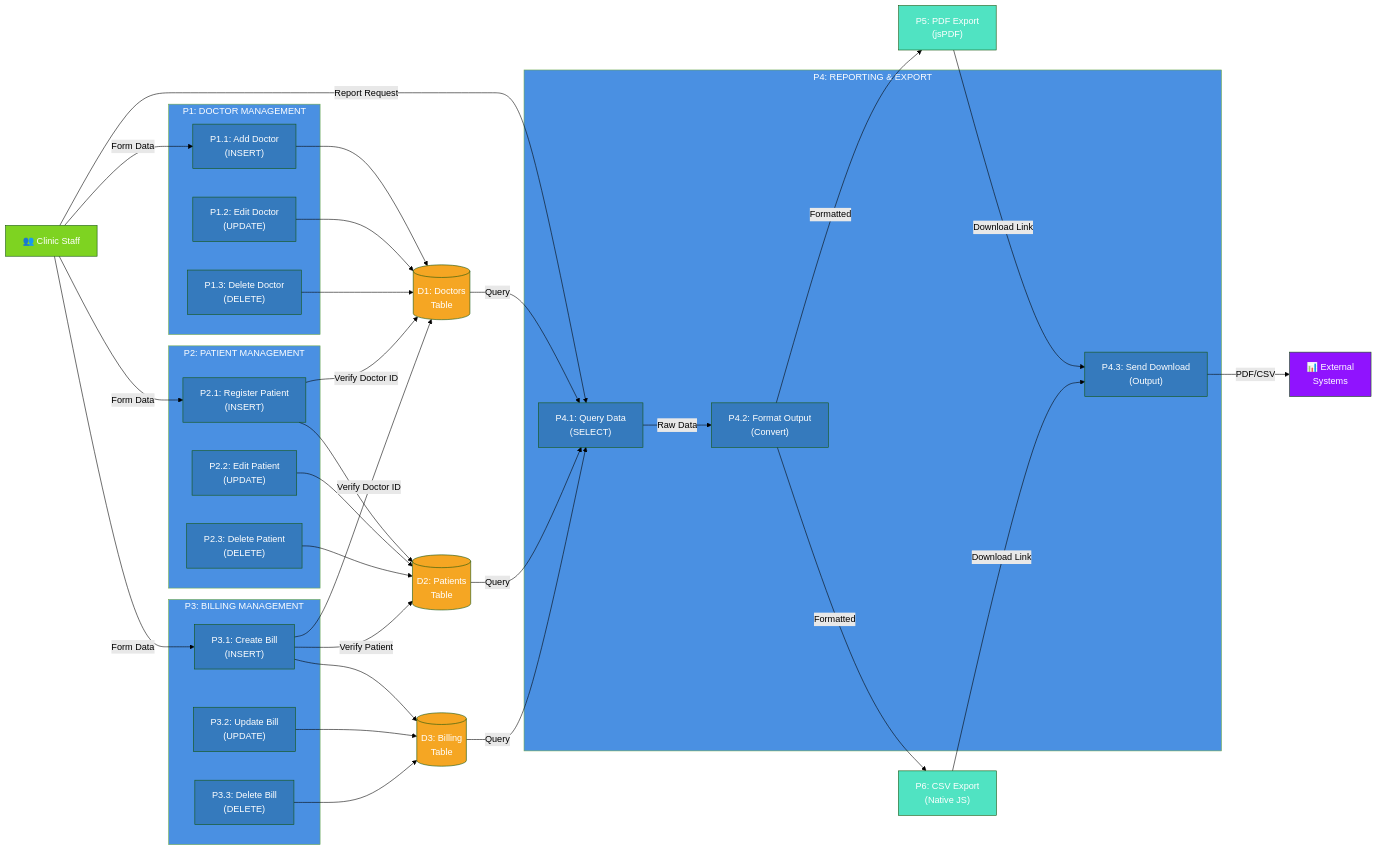
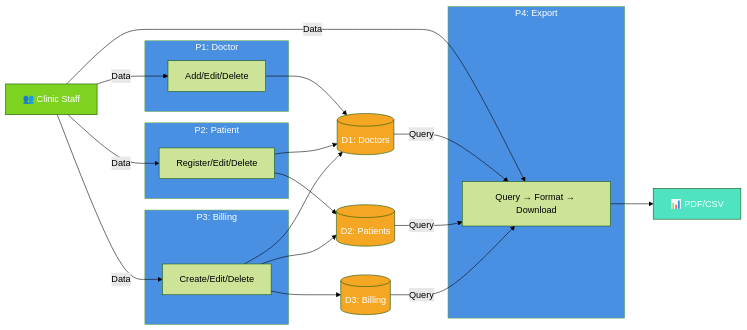
One commit to jagrutistpy-dot/clinic-management-final changed the third of 3 diagrams in README.md. Above: the diagram before and after it, drawn with Mermaid (forest theme).

Commit message:
level 2 grapf update

````diff
--- a/README.md
+++ b/README.md
@@ -343,93 +343,47 @@
 graph LR
     CS["👥 Clinic Staff"]
     
-    subgraph P1["P1: DOCTOR MANAGEMENT"]
-        P1_1["P1.1: Add Doctor<br/>(INSERT)"]
-        P1_2["P1.2: Edit Doctor<br/>(UPDATE)"]
-        P1_3["P1.3: Delete Doctor<br/>(DELETE)"]
+    subgraph P1["P1: Doctor"]
+        P1_CRUD["Add/Edit/Delete"]
     end
     
-    subgraph P2["P2: PATIENT MANAGEMENT"]
-        P2_1["P2.1: Register Patient<br/>(INSERT)"]
-        P2_2["P2.2: Edit Patient<br/>(UPDATE)"]
-        P2_3["P2.3: Delete Patient<br/>(DELETE)"]
+    subgraph P2["P2: Patient"]
+        P2_CRUD["Register/Edit/Delete"]
     end
     
-    subgraph P3["P3: BILLING MANAGEMENT"]
-        P3_1["P3.1: Create Bill<br/>(INSERT)"]
-        P3_2["P3.2: Update Bill<br/>(UPDATE)"]
-        P3_3["P3.3: Delete Bill<br/>(DELETE)"]
+    subgraph P3["P3: Billing"]
+        P3_CRUD["Create/Edit/Delete"]
     end
     
-    subgraph P4["P4: REPORTING & EXPORT"]
-        P4_1["P4.1: Query Data<br/>(SELECT)"]
-        P4_2["P4.2: Format Output<br/>(Convert)"]
-        P4_3["P4.3: Send Download<br/>(Output)"]
+    subgraph P4["P4: Export"]
+        P4_CRUD["Query → Format → Download"]
     end
     
-    D1[("D1: Doctors<br/>Table")]
-    D2[("D2: Patients<br/>Table")]
-    D3[("D3: Billing<br/>Table")]
+    D1[("D1: Doctors")]
+    D2[("D2: Patients")]
+    D3[("D3: Billing")]
     
-    P5["P5: PDF Export<br/>(jsPDF)"]
-    P6["P6: CSV Export<br/>(Native JS)"]
+    OUT["📊 PDF/CSV"]
     
-    EXP["📊 External<br/>Systems"]
+    CS -->|Data| P1_CRUD & P2_CRUD & P3_CRUD & P4_CRUD
     
-    CS -->|Form Data| P1_1
-    CS -->|Form Data| P2_1
-    CS -->|Form Data| P3_1
-    CS -->|Report Request| P4_1
+    P1_CRUD --> D1
+    P2_CRUD --> D1
+    P2_CRUD --> D2
+    P3_CRUD --> D1
+    P3_CRUD --> D2
+    P3_CRUD --> D3
     
-    P1_1 --> D1
-    P1_2 --> D1
-    P1_3 --> D1
-    
-    P2_1 -->|Verify Doctor ID| D1
-    P2_1 --> D2
-    P2_2 --> D2
-    P2_3 --> D2
-    
-    P3_1 -->|Verify Doctor ID| D1
-    P3_1 -->|Verify Patient| D2
-    P3_1 --> D3
-    P3_2 --> D3
-    P3_3 --> D3
-    
-    D1 -->|Query| P4_1
-    D2 -->|Query| P4_1
-    D3 -->|Query| P4_1
-    
-    P4_1 -->|Raw Data| P4_2
-    P4_2 -->|Formatted| P5
-    P4_2 -->|Formatted| P6
-    
-    P5 -->|Download Link| P4_3
-    P6 -->|Download Link| P4_3
-    
-    P4_3 -->|PDF/CSV| EXP
+    D1 & D2 & D3 -->|Query| P4_CRUD
+    P4_CRUD --> OUT
     
     style P1 fill:#4A90E2,color:#fff
     style P2 fill:#4A90E2,color:#fff
     style P3 fill:#4A90E2,color:#fff
     style P4 fill:#4A90E2,color:#fff
-    style P1_1 fill:#357ABD,color:#fff
-    style P1_2 fill:#357ABD,color:#fff
-    style P1_3 fill:#357ABD,color:#fff
-    style P2_1 fill:#357ABD,color:#fff
-    style P2_2 fill:#357ABD,color:#fff
-    style P2_3 fill:#357ABD,color:#fff
-    style P3_1 fill:#357ABD,color:#fff
-    style P3_2 fill:#357ABD,color:#fff
-    style P3_3 fill:#357ABD,color:#fff
-    style P4_1 fill:#357ABD,color:#fff
-    style P4_2 fill:#357ABD,color:#fff
-    style P4_3 fill:#357ABD,color:#fff
     style D1 fill:#F5A623,color:#fff
     style D2 fill:#F5A623,color:#fff
     style D3 fill:#F5A623,color:#fff
-    style P5 fill:#50E3C2,color:#fff
-    style P6 fill:#50E3C2,color:#fff
     style CS fill:#7ED321,color:#fff
-    style EXP fill:#9013FE,color:#fff
+    style OUT fill:#50E3C2,color:#fff
 ```
````
